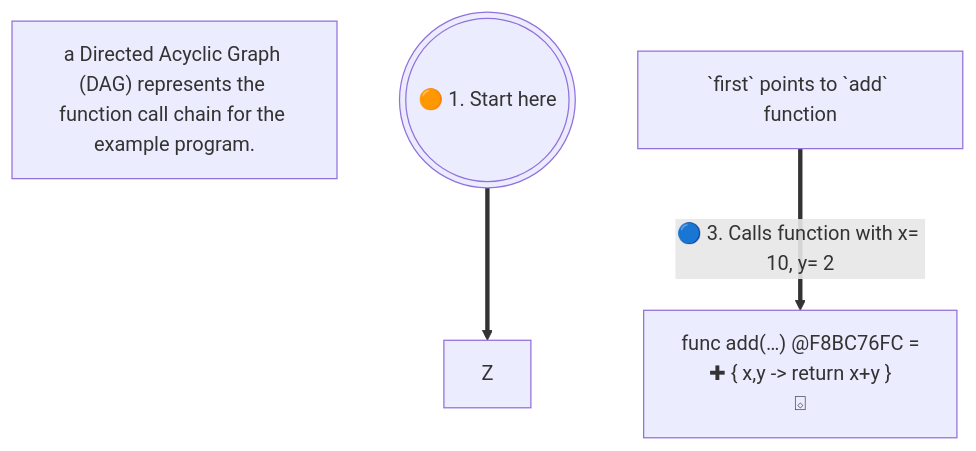
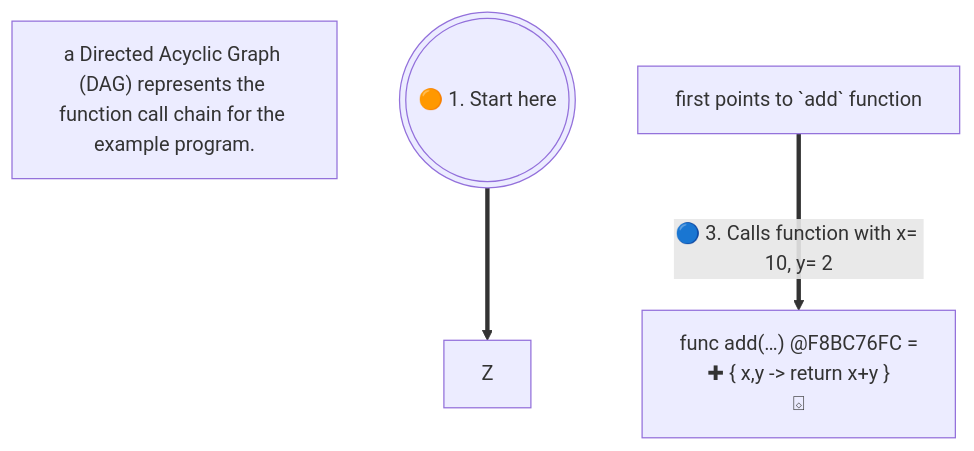
One commit to realityexpander/How_to_program_from_ground_up changed the first of 2 diagrams in 10-FunctionalProgramming.md. Above: the diagram before and after it, drawn with Mermaid.

Commit message:
improve diagram

````diff
--- a/10-FunctionalProgramming.md
+++ b/10-FunctionalProgramming.md
@@ -50,11 +50,11 @@
 ```mermaid
 flowchart TB
 
     note["`a Directed Acyclic Graph (DAG) represents the function call chain for the example program.`"]
 
     start((("🟠 1. Start here"))) ==> Z
 
-    X[" `first` points to `add` function "] ==>|🔵 3. Calls function with x= 10, y= 2| addFn[" func add(…) @F8BC76FC =
+    X[" first points to `add` function "] ==>|🔵 3. Calls function with x= 10, y= 2| addFn[" func add(…) @F8BC76FC =
                ✚ { x,y -> return x+y }
         ⌺"]
 ```
````
